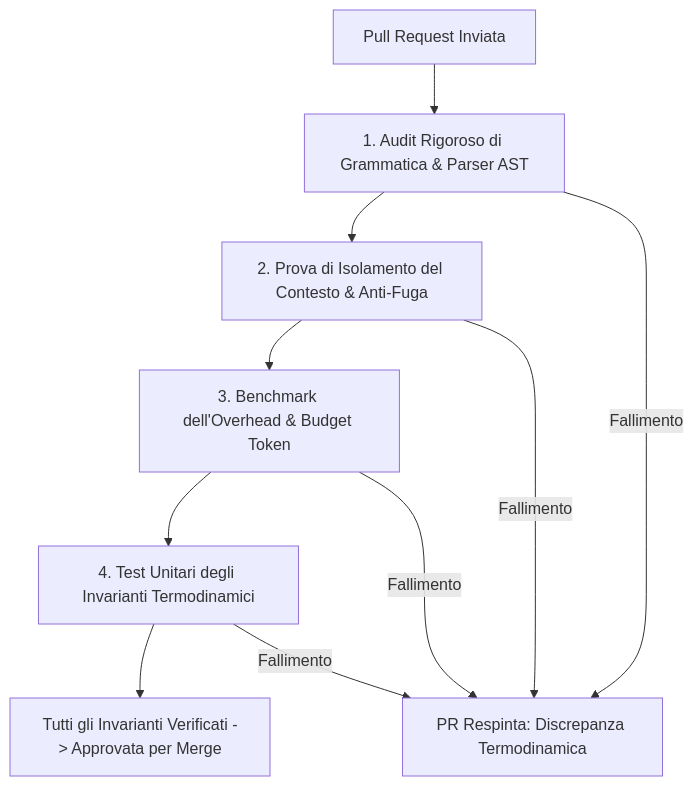
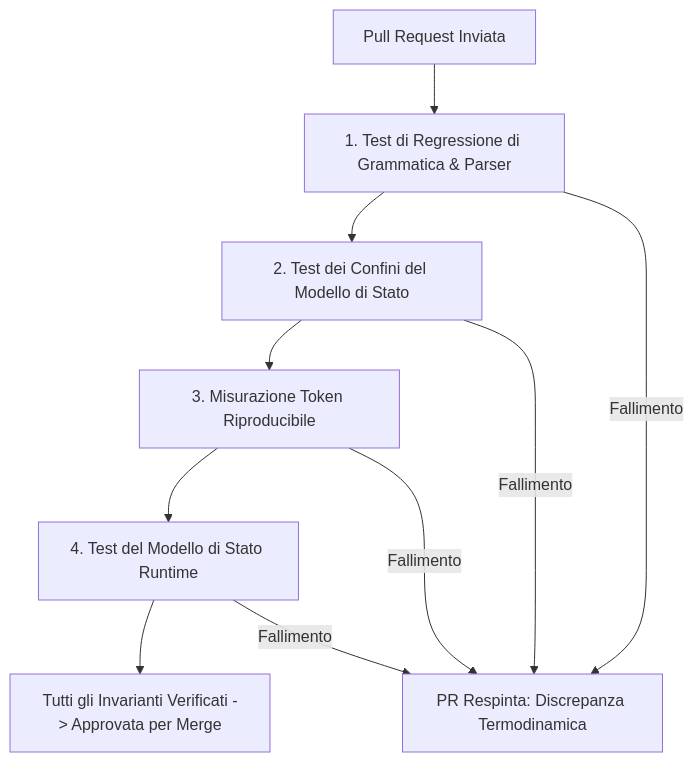
One commit to SystemAdmin01/HumOS changed the diagram in docs/CONTRIBUTING_IT.md. Above: the diagram before and after it, drawn with Mermaid. The commit also changed other lines of this file, not shown here.

Commit message:
docs: allineare linee guida italiane al runtime implementato e ai test

````diff
--- a/docs/CONTRIBUTING_IT.md
+++ b/docs/CONTRIBUTING_IT.md
@@ -50,13 +50,13 @@
 ```mermaid
 flowchart TD
-    PR[Pull Request Inviata] --> CHECK_SYNTAX[1. Audit Rigoroso di Grammatica & Parser AST]
-    CHECK_SYNTAX --> CHECK_LEAK[2. Prova di Isolamento del Contesto & Anti-Fuga]
-    CHECK_LEAK --> CHECK_TOKEN[3. Benchmark dell'Overhead & Budget Token]
-    CHECK_TOKEN --> CHECK_INVARIANT[4. Test Unitari degli Invarianti Termodinamici]
+    PR[Pull Request Inviata] --> CHECK_SYNTAX[1. Test di Regressione di Grammatica & Parser]
+    CHECK_SYNTAX --> CHECK_LEAK[2. Test dei Confini del Modello di Stato]
+    CHECK_LEAK --> CHECK_TOKEN[3. Misurazione Token Riproducibile]
+    CHECK_TOKEN --> CHECK_INVARIANT[4. Test del Modello di Stato Runtime]
     CHECK_INVARIANT --> PASS[Tutti gli Invarianti Verificati -> Approvata per Merge]
     
     CHECK_SYNTAX -- Fallimento --> REJECT[PR Respinta: Violazione Invariante Sintattico]
     CHECK_LEAK -- Fallimento --> REJECT[PR Respinta: Perdita di Memoria / Fuga Contesto]
     CHECK_TOKEN -- Fallimento --> REJECT[PR Respinta: Superamento Budget Token]
     CHECK_INVARIANT -- Fallimento --> REJECT[PR Respinta: Discrepanza Termodinamica]
 ```
````
